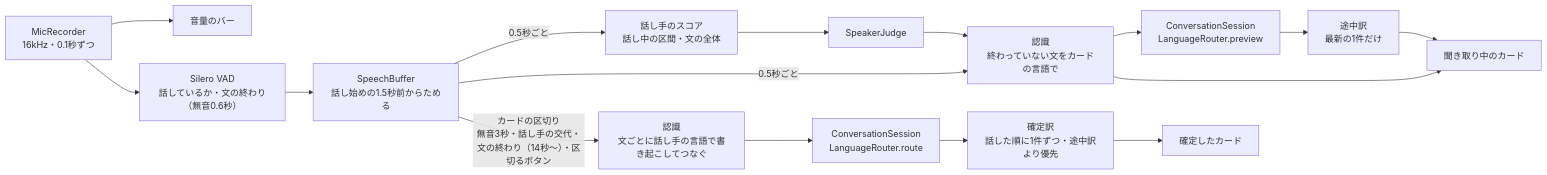
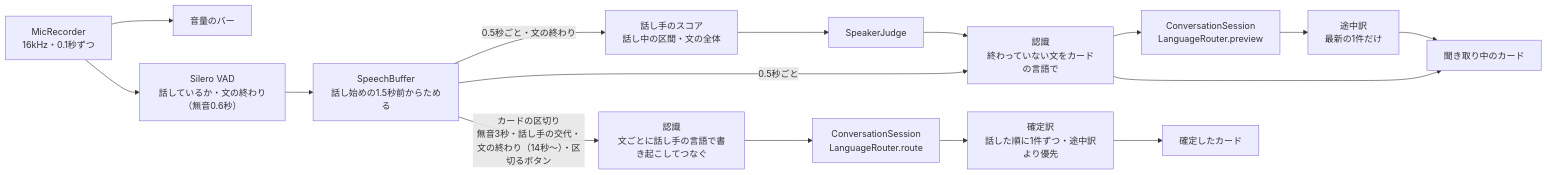
One commit to kagerouttepaso/PlamoTranslate changed the diagram in docs/設計/会話翻訳.md. Above: the diagram before and after it, drawn with Mermaid. The commit also changed other lines of this file and 11 other files, not shown here.

````diff
--- a/docs/設計/会話翻訳.md
+++ b/docs/設計/会話翻訳.md
@@ -9,15 +9,15 @@
 ```mermaid
 flowchart LR
   MIC["MicRecorder<br>16kHz・0.1秒ずつ"] --> LV["音量のバー"]
   MIC --> VAD["Silero VAD<br>話しているか・文の終わり（無音0.6秒）"]
   VAD --> BUF["SpeechBuffer<br>話し始めの1.5秒前からためる"]
-  BUF -->|"0.5秒ごと"| ID["話し手のスコア<br>話し中の区間・文の全体"] --> JD["SpeakerJudge"]
+  BUF -->|"0.5秒ごと・文の終わり"| ID["話し手のスコア<br>話し中の区間・文の全体"] --> JD["SpeakerJudge"]
   JD --> PT
   BUF -->|0.5秒ごと| PT["認識<br>終わっていない文をカードの言語で"]
   PT --> PRV["ConversationSession<br>LanguageRouter.preview"] --> PTR["途中訳<br>最新の1件だけ"]
   PT --> LIVE["聞き取り中のカード"]
   PTR --> LIVE
   BUF -->|"カードの区切り<br>無音3秒・話し手の交代・文の終わり（14秒〜）・区切るボタン"| SV["認識<br>文ごとに話し手の言語で書き起こしてつなぐ"]
   SV --> RT["ConversationSession<br>LanguageRouter.route"] --> TR["確定訳<br>話した順に1件ずつ・途中訳より優先"]
   TR --> CARD["確定したカード"]
 ```
````
